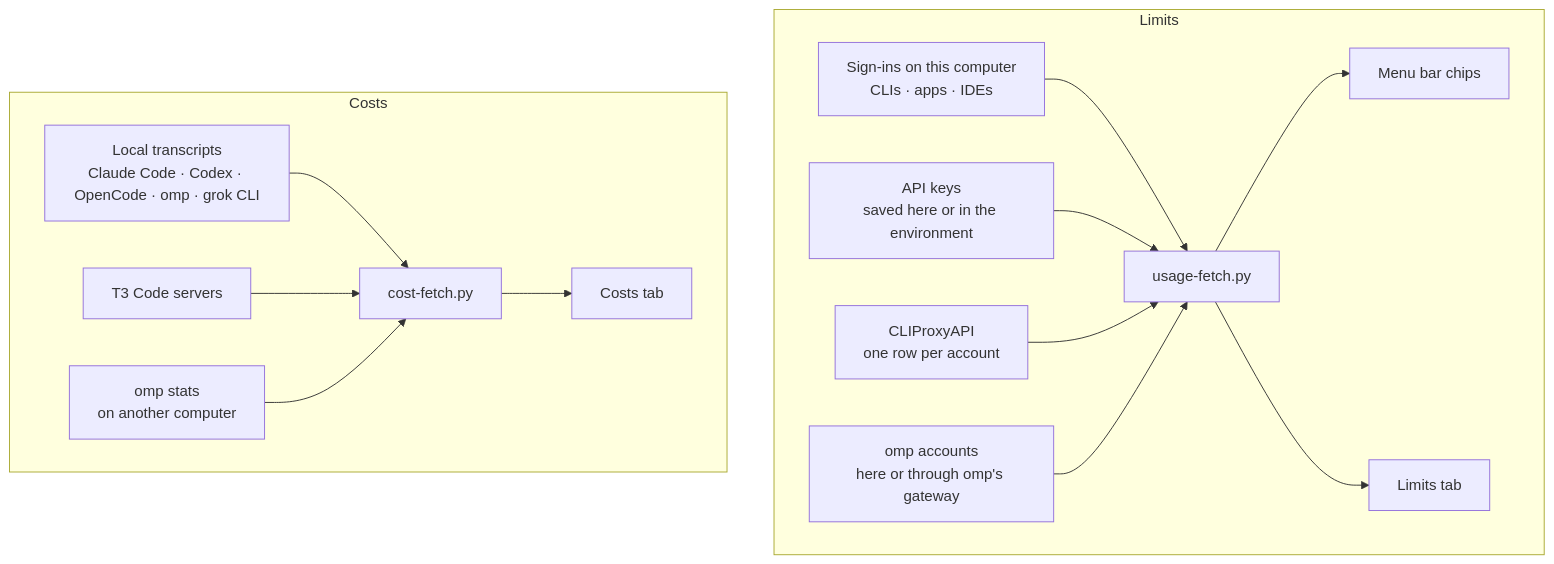
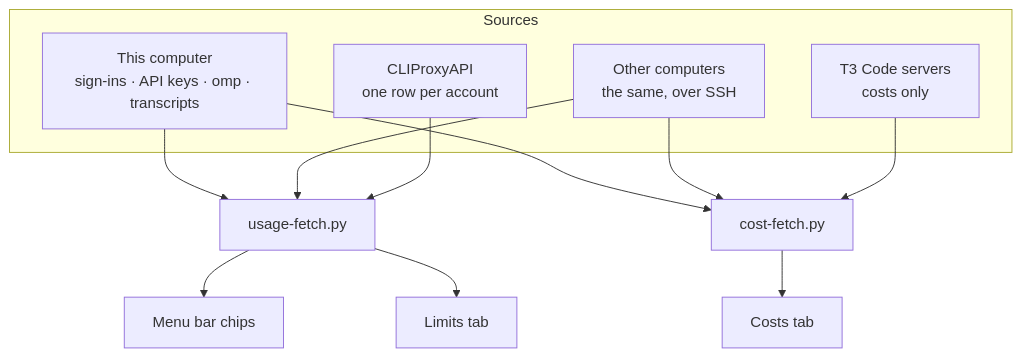
One commit to JanitorHead/omarchy-quotatank changed the diagram in README.md. Above: the diagram before and after it, drawn with Mermaid. The commit also changed other lines of this file and 6 other files, not shown here.

Commit message:
Document Sources, other computers, proxies read together, and first-run setup

````diff
--- a/README.md
+++ b/README.md
@@ -213,17 +209,18 @@
 ```mermaid
 flowchart TB
-  subgraph Limits
-    cli["Sign-ins on this computer<br/>CLIs · apps · IDEs"] --> uf["usage-fetch.py"]
-    keys["API keys<br/>saved here or in the environment"] --> uf
-    proxy["CLIProxyAPI<br/>one row per account"] --> uf
-    ompl["omp accounts<br/>here or through omp's gateway"] --> uf
-    uf --> chips["Menu bar chips"]
-    uf --> panel["Limits tab"]
+  subgraph Sources
+    here["This computer<br/>sign-ins · API keys · omp · transcripts"]
+    other["Other computers<br/>the same, over SSH"]
+    proxy["CLIProxyAPI<br/>one row per account"]
+    t3["T3 Code servers<br/>costs only"]
   end
-  subgraph Costs
-    logs["Local transcripts<br/>Claude Code · Codex · OpenCode · omp · grok CLI"] --> cf["cost-fetch.py"]
-    t3["T3 Code servers"] --> cf
-    omps["omp stats<br/>on another computer"] --> cf
-    cf --> costs["Costs tab"]
-  end
+  here --> uf["usage-fetch.py"]
+  other --> uf
+  proxy --> uf
+  here --> cf["cost-fetch.py"]
+  other --> cf
+  t3 --> cf
+  uf --> chips["Menu bar chips"]
+  uf --> panel["Limits tab"]
+  cf --> costs["Costs tab"]
 ```
````
